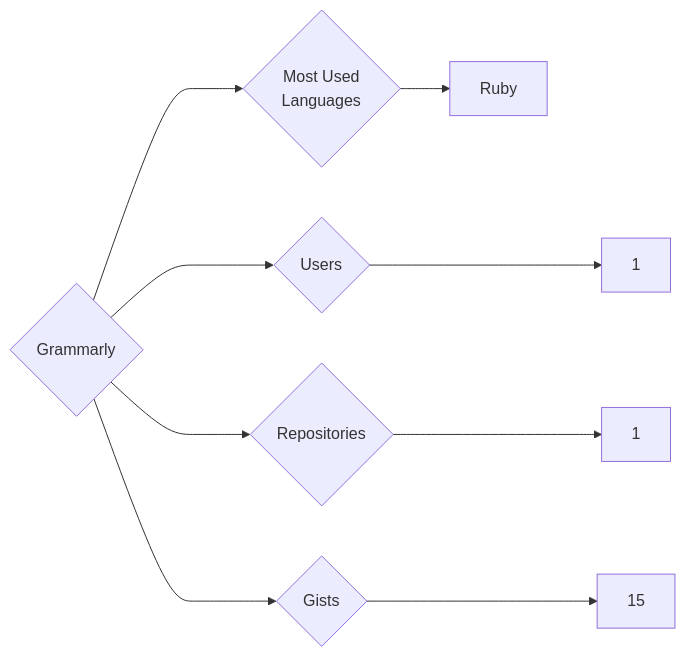
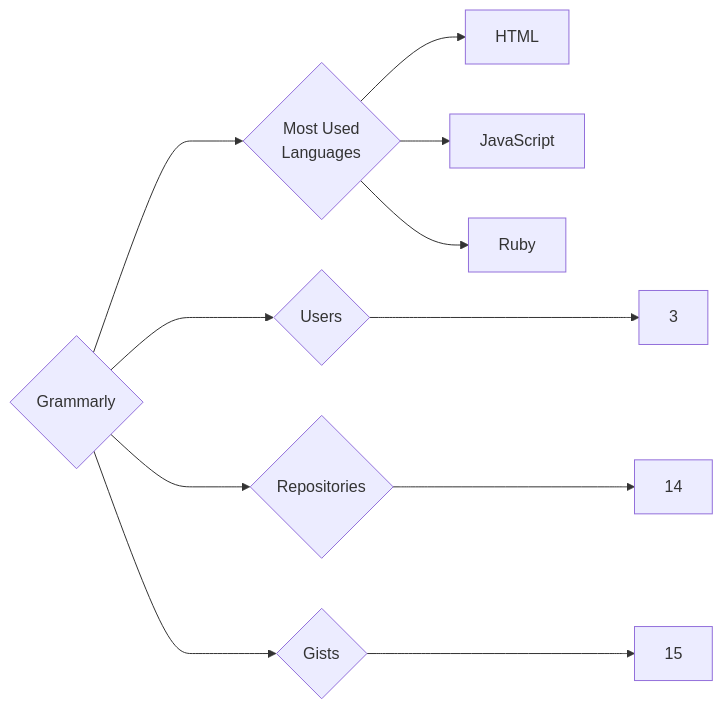
Before and after one commit to trickest/insiders: the diagram in targets/Grammarly/README.md, drawn with Mermaid. The commit also changed 1149 other files, not shown here.

````diff
--- a/targets/Grammarly/README.md
+++ b/targets/Grammarly/README.md
@@ -3,9 +3,11 @@
 ```mermaid
 graph LR
 COMPANY_NAME{Grammarly}
-COMPANY_NAME ---> U{Users} ---> UN[1]
-COMPANY_NAME ---> R{Repositories} ---> RN[1]
+COMPANY_NAME ---> U{Users} ---> UN[3]
+COMPANY_NAME ---> R{Repositories} ---> RN[14]
 COMPANY_NAME ---> G{Gists} ---> GN[15]
 COMPANY_NAME ---> ML{Most Used<br>Languages}
+ML --> HTML[HTML]
+ML --> JavaScript[JavaScript]
 ML --> Ruby[Ruby]
 ```
````
